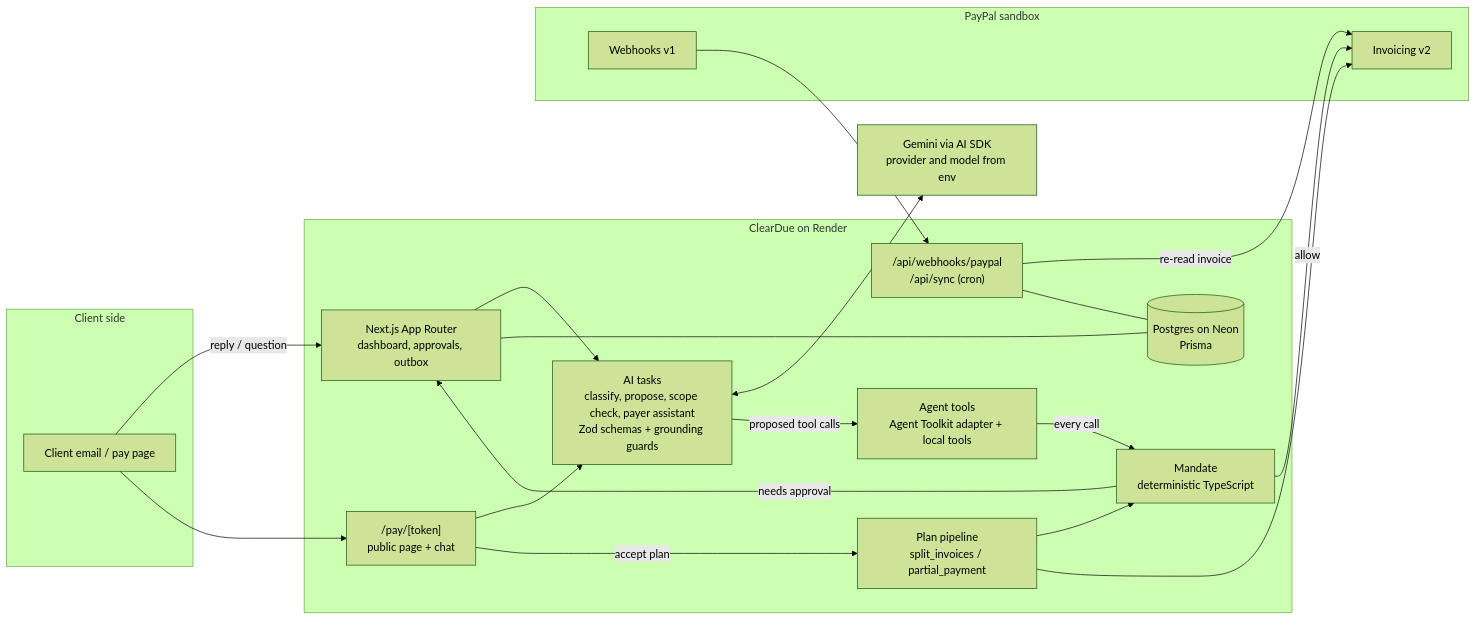
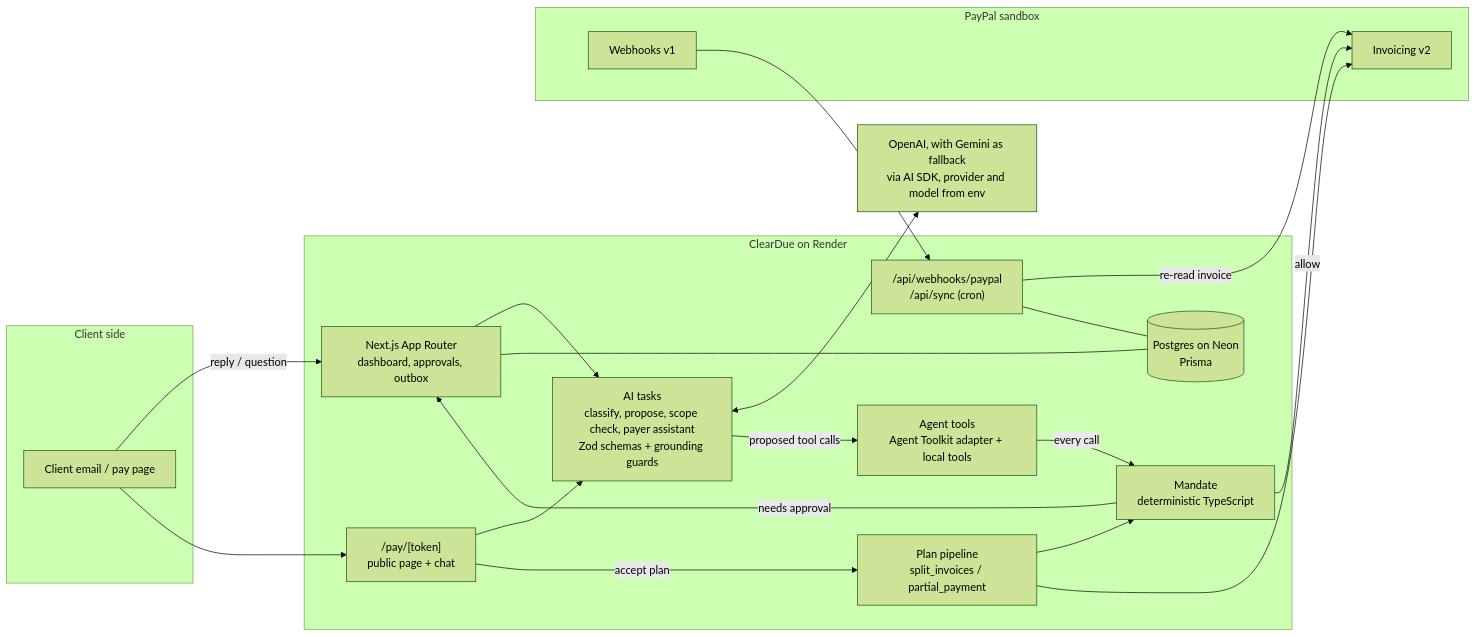
Before and after one commit to tusharshah21/cleardue: the diagram in README.md, drawn with Mermaid (forest theme). The commit also changed other lines of this file and 36 other files, not shown here.

First line of the commit message:
Add OpenAI as a provider with failover and provider labels

````diff
--- a/README.md
+++ b/README.md
@@ -27,38 +27,38 @@
 ```mermaid
 flowchart LR
   subgraph Client side
     C[Client email / pay page]
   end
   subgraph ClearDue on Render
     UI[Next.js App Router<br/>dashboard, approvals, outbox]
     PAY["/pay/[token]<br/>public page + chat"]
     AI[AI tasks<br/>classify, propose, scope check, payer assistant<br/>Zod schemas + grounding guards]
     M[Mandate<br/>deterministic TypeScript]
     T[Agent tools<br/>Agent Toolkit adapter + local tools]
     PL[Plan pipeline<br/>split_invoices / partial_payment]
     WH["/api/webhooks/paypal<br/>/api/sync (cron)"]
     DB[(Postgres on Neon<br/>Prisma)]
   end
   subgraph PayPal sandbox
     INV[Invoicing v2]
     NOT[Webhooks v1]
   end
-  LLM[Gemini via AI SDK<br/>provider and model from env]
+  LLM[OpenAI, with Gemini as fallback<br/>via AI SDK, provider and model from env]
 
   C -->|reply / question| UI
   C --> PAY
   UI --> AI
   PAY --> AI
   AI <--> LLM
   AI -->|proposed tool calls| T
   T -->|every call| M
   M -->|allow| INV
   M -->|needs approval| UI
   PAY -->|accept plan| PL
   PL --> M
   PL --> INV
   NOT --> WH
   WH -->|re-read invoice| INV
   UI --- DB
   WH --- DB
 ```
````
